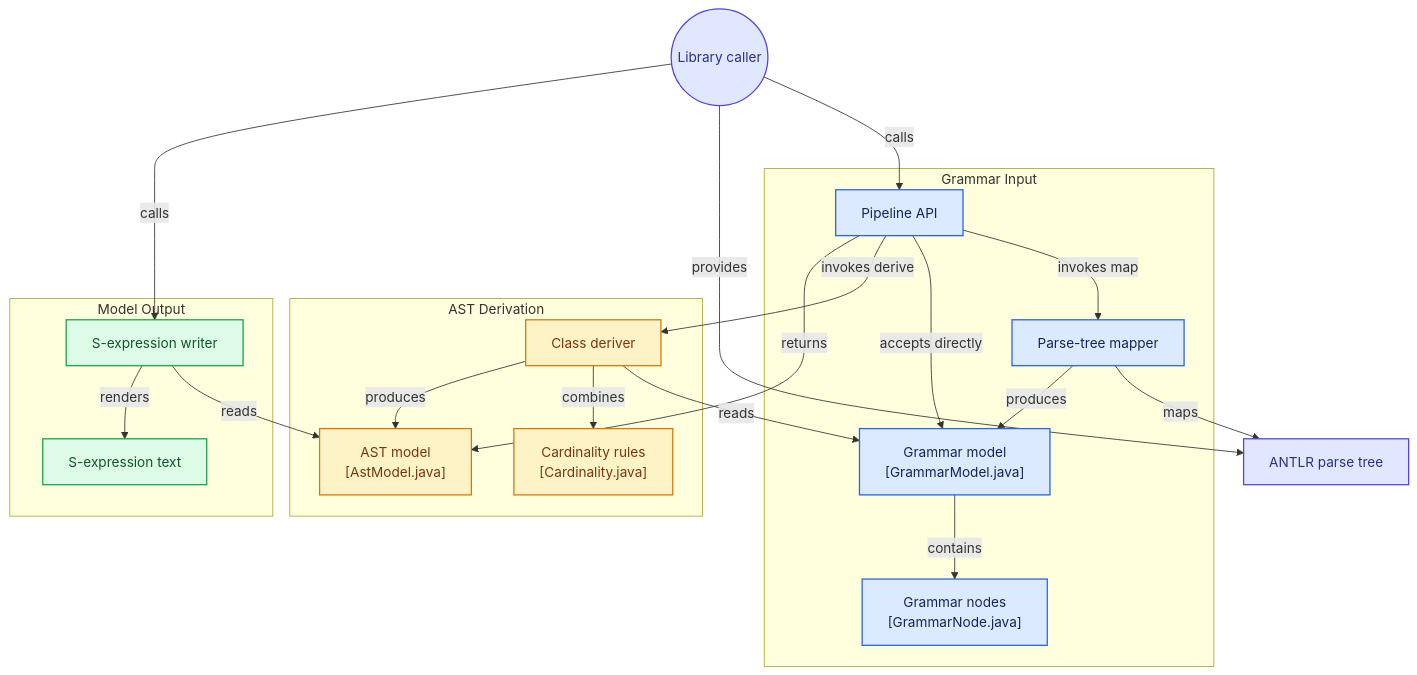
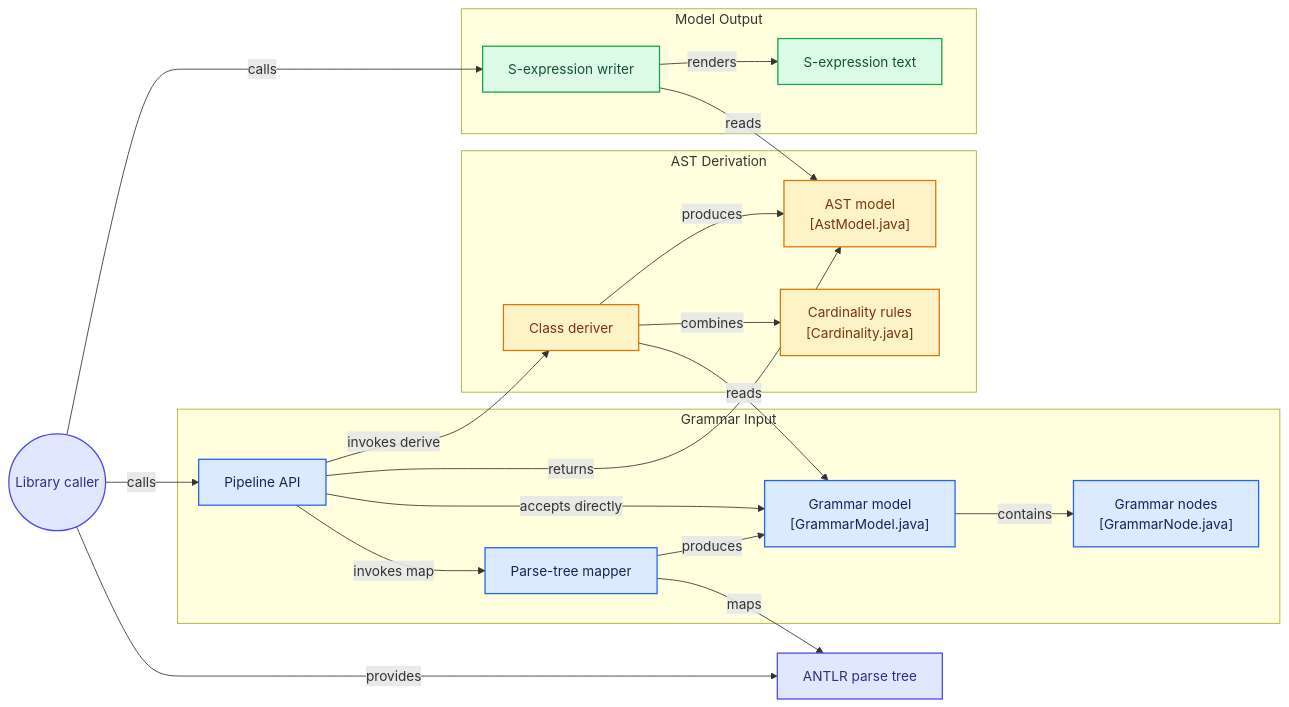
One commit to jurgenei/ast-classes-core changed the diagram in ARCHITECTURE.md. Above: the diagram before and after it, drawn with Mermaid. The commit also changed other lines of this file, not shown here.

Commit message:
cleanup ARCHITECTURE.md

````diff
--- a/ARCHITECTURE.md
+++ b/ARCHITECTURE.md
@@ -3,61 +3,61 @@
 ```mermaid
-flowchart TD
+flowchart LR
 
 subgraph group_input["Grammar Input"]
   node_pipeline["Pipeline API"]
   node_mapper["Parse-tree mapper"]
   node_grammar_model["Grammar model<br/>[GrammarModel.java]"]
   node_grammar_nodes["Grammar nodes<br/>[GrammarNode.java]"]
 end
 
 subgraph group_derive["AST Derivation"]
   node_deriver["Class deriver"]
   node_cardinality["Cardinality rules<br/>[Cardinality.java]"]
   node_ast_model["AST model<br/>[AstModel.java]"]
 end
 
 subgraph group_output["Model Output"]
   node_writer["S-expression writer"]
   node_sexpr["S-expression text"]
 end
 
 node_user(("Library caller"))
 node_parse_tree["ANTLR parse tree"]
 
+node_user -->|"provides"| node_parse_tree
 node_user -->|"calls"| node_pipeline
-node_user -->|"provides"| node_parse_tree
 node_pipeline -->|"invokes map"| node_mapper
 node_mapper -->|"maps"| node_parse_tree
 node_mapper -->|"produces"| node_grammar_model
 node_pipeline -->|"accepts directly"| node_grammar_model
 node_grammar_model -->|"contains"| node_grammar_nodes
-node_pipeline -->|"invokes derive"| node_deriver
 node_deriver -->|"reads"| node_grammar_model
 node_deriver -->|"combines"| node_cardinality
 node_deriver -->|"produces"| node_ast_model
 node_pipeline -->|"returns"| node_ast_model
+node_pipeline -->|"invokes derive"| node_deriver
 node_user -->|"calls"| node_writer
 node_writer -->|"reads"| node_ast_model
 node_writer -->|"renders"| node_sexpr
 
 click node_pipeline "https://github.com/jurgenei/ast-classes-core/blob/main/src/main/java/name/jurgenei/ast/core/AstClassesPipeline.java"
 click node_mapper "https://github.com/jurgenei/ast-classes-core/blob/main/src/main/java/name/jurgenei/ast/core/mapper/ParseTreeToGrammarModelMapper.java"
 click node_grammar_model "https://github.com/jurgenei/ast-classes-core/blob/main/src/main/java/name/jurgenei/ast/core/model/GrammarModel.java"
 click node_grammar_nodes "https://github.com/jurgenei/ast-classes-core/blob/main/src/main/java/name/jurgenei/ast/core/model/GrammarNode.java"
 click node_deriver "https://github.com/jurgenei/ast-classes-core/blob/main/src/main/java/name/jurgenei/ast/core/AstClassDeriver.java"
 click node_cardinality "https://github.com/jurgenei/ast-classes-core/blob/main/src/main/java/name/jurgenei/ast/core/model/Cardinality.java"
 click node_ast_model "https://github.com/jurgenei/ast-classes-core/blob/main/src/main/java/name/jurgenei/ast/core/model/AstModel.java"
 click node_writer "https://github.com/jurgenei/ast-classes-core/blob/main/src/main/java/name/jurgenei/ast/core/AstSexprWriter.java"
 
 classDef toneNeutral fill:#f8fafc,stroke:#334155,stroke-width:1.5px,color:#0f172a
 classDef toneBlue fill:#dbeafe,stroke:#2563eb,stroke-width:1.5px,color:#172554
 classDef toneAmber fill:#fef3c7,stroke:#d97706,stroke-width:1.5px,color:#78350f
 classDef toneMint fill:#dcfce7,stroke:#16a34a,stroke-width:1.5px,color:#14532d
 classDef toneRose fill:#ffe4e6,stroke:#e11d48,stroke-width:1.5px,color:#881337
 classDef toneIndigo fill:#e0e7ff,stroke:#4f46e5,stroke-width:1.5px,color:#312e81
 classDef toneTeal fill:#ccfbf1,stroke:#0f766e,stroke-width:1.5px,color:#134e4a
 class node_pipeline,node_mapper,node_grammar_model,node_grammar_nodes toneBlue
 class node_deriver,node_cardinality,node_ast_model toneAmber
 class node_writer,node_sexpr toneMint
 class node_user,node_parse_tree toneIndigo
 ```
````
